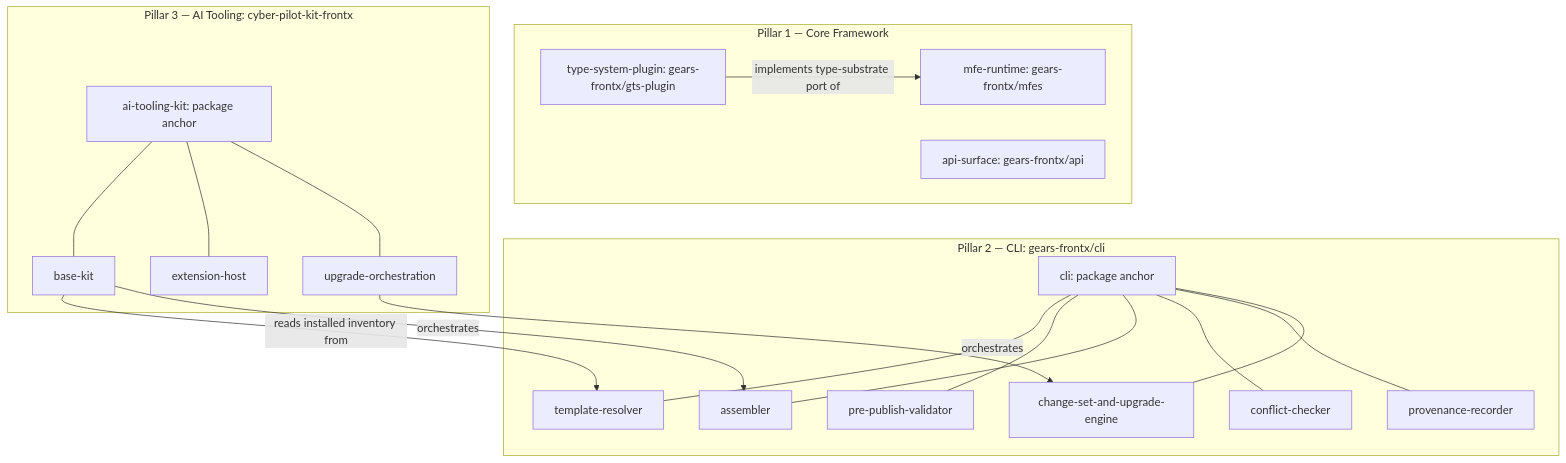
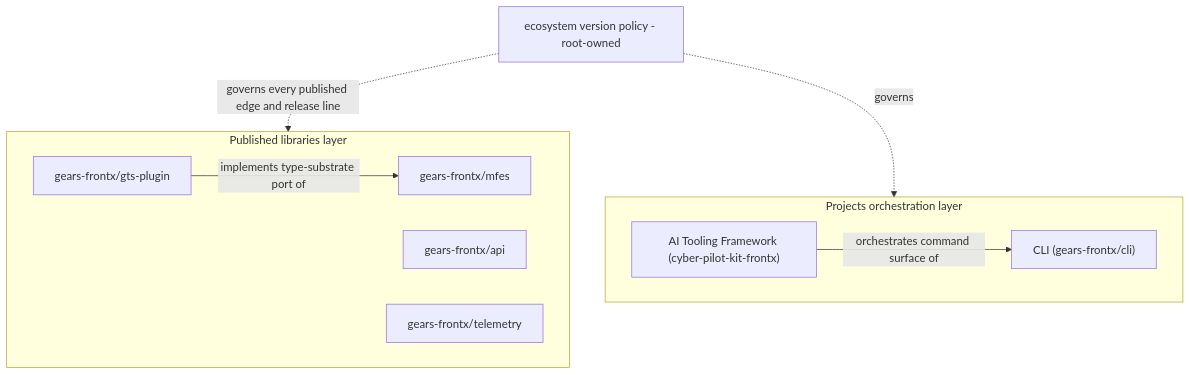
Before and after one commit to GeraBart/gears-frontx: the second of 3 diagrams in architecture/DESIGN.md, drawn with Mermaid. The commit also changed other lines of this file and 4 other files, not shown here.

First line of the commit message:
feat(arch): hold the root artifacts at layer altitude (#495)

````diff
--- a/architecture/DESIGN.md
+++ b/architecture/DESIGN.md
@@ -440,36 +263,18 @@
 ```mermaid
 graph TD
-    subgraph Pillar1[Pillar 1 — Core Framework]
-        MFES[mfe-runtime: gears-frontx/mfes]
-        GTS[type-system-plugin: gears-frontx/gts-plugin]
-        API[api-surface: gears-frontx/api]
+    subgraph Orch[Projects orchestration layer]
+        CLI["CLI (gears-frontx/cli)"]
+        KIT["AI Tooling Framework (cyber-pilot-kit-frontx)"]
     end
-    subgraph Pillar2[Pillar 2 — CLI: gears-frontx/cli]
-        CLI[cli: package anchor]
-        RES[template-resolver]
-        VAL[pre-publish-validator]
-        ASM[assembler]
-        CHK[conflict-checker]
-        PROV[provenance-recorder]
-        ENG[change-set-and-upgrade-engine]
-        CLI --- RES
-        CLI --- VAL
-        CLI --- ASM
-        CLI --- CHK
-        CLI --- PROV
-        CLI --- ENG
+    subgraph Libs[Published libraries layer]
+        MFES[gears-frontx/mfes]
+        GTS[gears-frontx/gts-plugin]
+        API[gears-frontx/api]
+        TEL[gears-frontx/telemetry]
     end
-    subgraph Pillar3[Pillar 3 — AI Tooling: cyber-pilot-kit-frontx]
-        KIT[ai-tooling-kit: package anchor]
-        BASE[base-kit]
-        HOST[extension-host]
-        ORCH[upgrade-orchestration]
-        KIT --- BASE
-        KIT --- HOST
-        KIT --- ORCH
-    end
-    GTS -- implements type-substrate port of --> MFES
-    ORCH -- orchestrates --> ENG
-    BASE -- reads installed inventory from --> RES
-    BASE -- orchestrates --> ASM
+    POL[ecosystem version policy - root-owned]
+    GTS -- "implements type-substrate port of" --> MFES
+    KIT -- "orchestrates command surface of" --> CLI
+    POL -. "governs every published edge and release line" .-> Libs
+    POL -. "governs" .-> Orch
 ```
````
